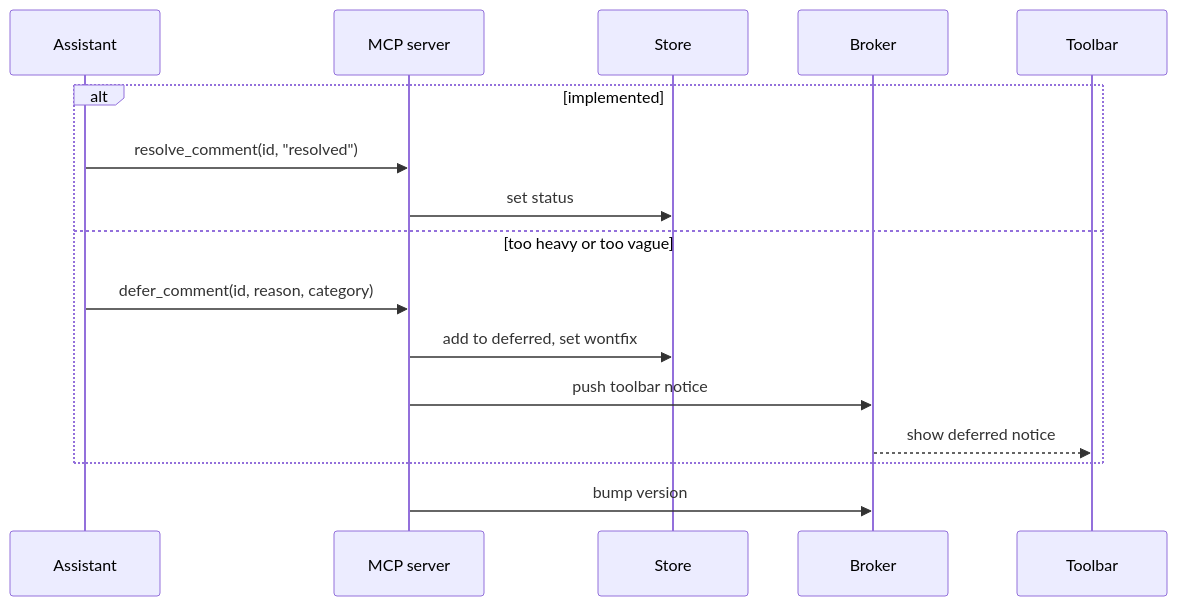
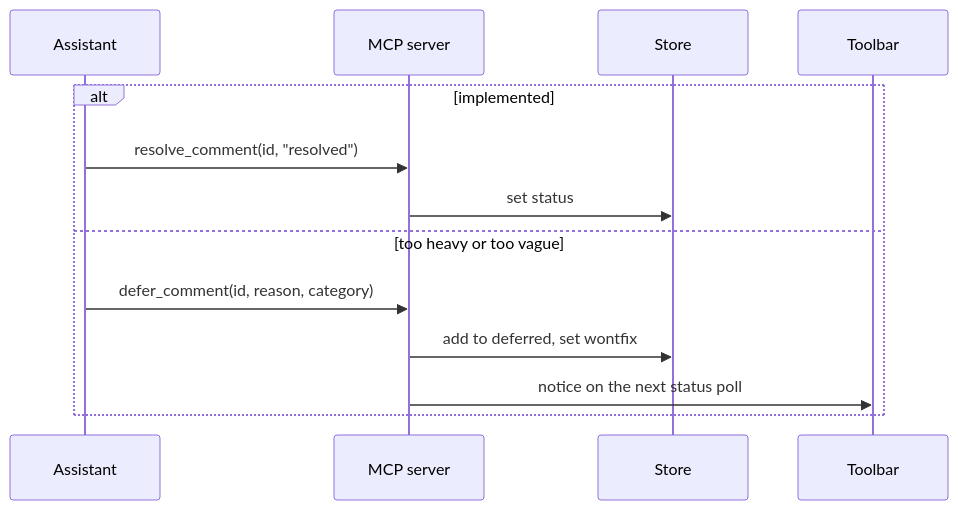
The second of 3 diagrams in docs/flows.md (pallandir/claude-comments), drawn with Mermaid before and after one commit. The commit also changed other lines of this file and 16 other files, not shown here.

````diff
--- a/docs/flows.md
+++ b/docs/flows.md
@@ -81,19 +52,16 @@
 ```mermaid
 sequenceDiagram
     participant A as Assistant
     participant M as MCP server
     participant S as Store
-    participant B as Broker
     participant T as Toolbar
 
     alt implemented
         A->>M: resolve_comment(id, "resolved")
         M->>S: set status
     else too heavy or too vague
         A->>M: defer_comment(id, reason, category)
         M->>S: add to deferred, set wontfix
-        M->>B: push toolbar notice
-        B-->>T: show deferred notice
+        M->>T: notice on the next status poll
     end
-    M->>B: bump version
 ```
````
